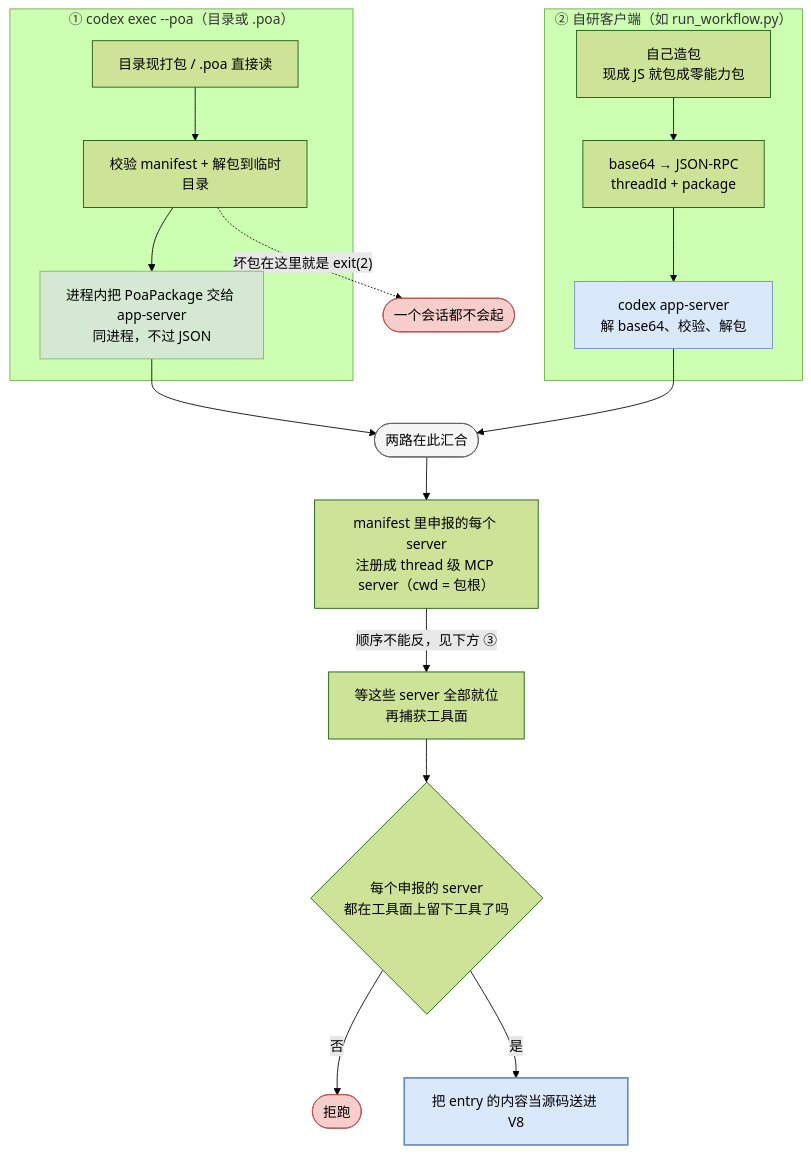
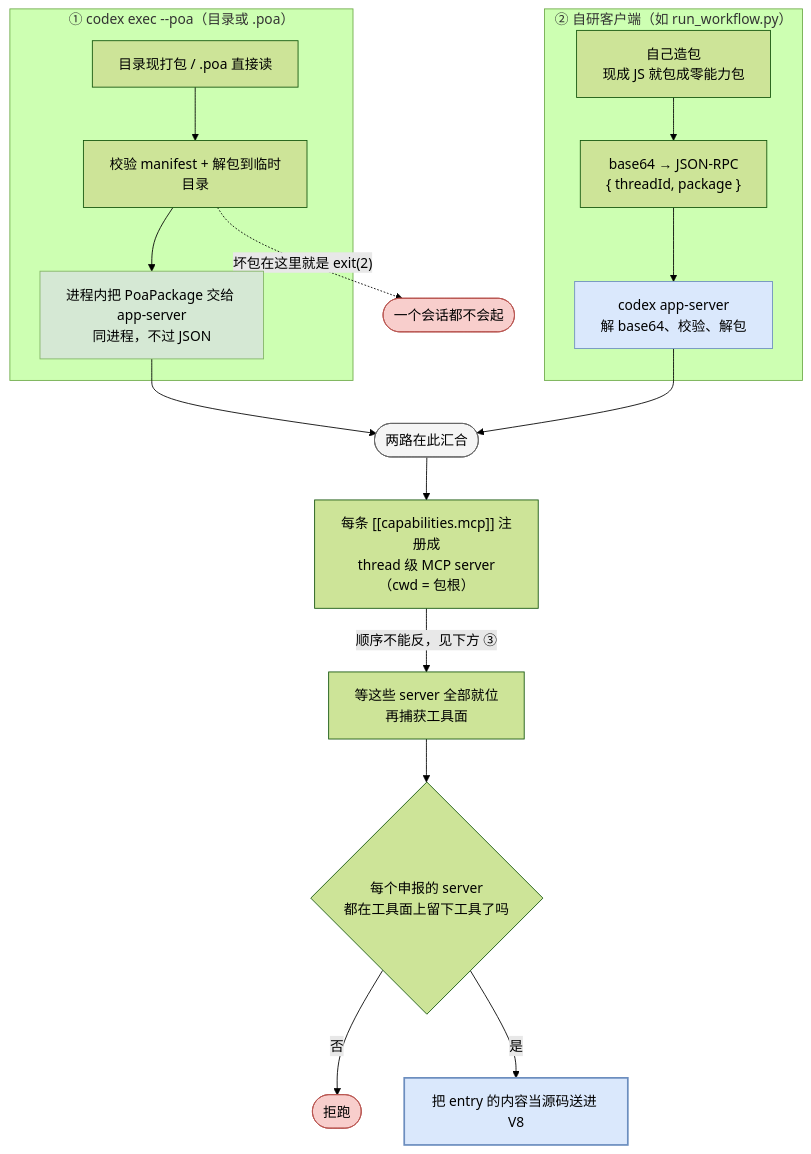
Before and after one commit to Brainary-Team/brainary-codex-docs: the third of 3 diagrams in 03-concepts.md, drawn with Mermaid (forest theme).

Commit message:
docs(03): 恢复 §9 图里两处被无谓改掉的措辞
上一个提交声称 [[capabilities.mcp]] 会被解析成 subroutine 形状、
花括号在节点标签里不稳，据此把两处措辞改宽泛了。用 mermaid 11.17.2
实测，引号内的这两种写法都正常解析——那两条理由是推的，不成立。

改图本身仍然值得（树枝对齐已歪、本篇另两张都是 mermaid），但既然
约束不存在，就把更精确的原措辞还回来：[[capabilities.mcp]] 点名了
真实的 TOML 键，{ threadId, package } 是协议里的实际形状。

````diff
--- a/03-concepts.md
+++ b/03-concepts.md
@@ -303,30 +303,30 @@
 ```mermaid
 graph TD
     subgraph P1["① codex exec --poa（目录或 .poa）"]
       A1["目录现打包 / .poa 直接读"] --> A2["校验 manifest + 解包到临时目录"]
       A2 --> A3["进程内把 PoaPackage 交给 app-server<br/>同进程，不过 JSON"]
     end
 
     subgraph P2["② 自研客户端（如 run_workflow.py）"]
-      B1["自己造包<br/>现成 JS 就包成零能力包"] --> B2["base64 → JSON-RPC<br/>threadId + package"]
+      B1["自己造包<br/>现成 JS 就包成零能力包"] --> B2["base64 → JSON-RPC<br/>{ threadId, package }"]
       B2 --> B3["codex app-server<br/>解 base64、校验、解包"]
     end
 
     A2 -.->|"坏包在这里就是 exit(2)"| BAD(["一个会话都不会起"])
 
     A3 --> M(["两路在此汇合"])
     B3 --> M
 
-    M --> S1["manifest 里申报的每个 server<br/>注册成 thread 级 MCP server（cwd = 包根）"]
+    M --> S1["每条 [[capabilities.mcp]] 注册成<br/>thread 级 MCP server（cwd = 包根）"]
     S1 -->|"顺序不能反，见下方 ③"| S2["等这些 server 全部就位<br/>再捕获工具面"]
     S2 --> S3{"每个申报的 server<br/>都在工具面上留下工具了吗"}
     S3 -->|"否"| REFUSE(["拒跑"])
     S3 -->|"是"| S4["把 entry 的内容当源码送进 V8"]
 
     style A3 fill:#d5e8d4,stroke:#82b366
     style B3 fill:#dae8fc,stroke:#6c8ebf
     style M fill:#f5f5f5,stroke:#666666
     style S4 fill:#dae8fc,stroke:#6c8ebf,stroke-width:2px
     style BAD fill:#f8cecc,stroke:#b85450
     style REFUSE fill:#f8cecc,stroke:#b85450
 ```
````
